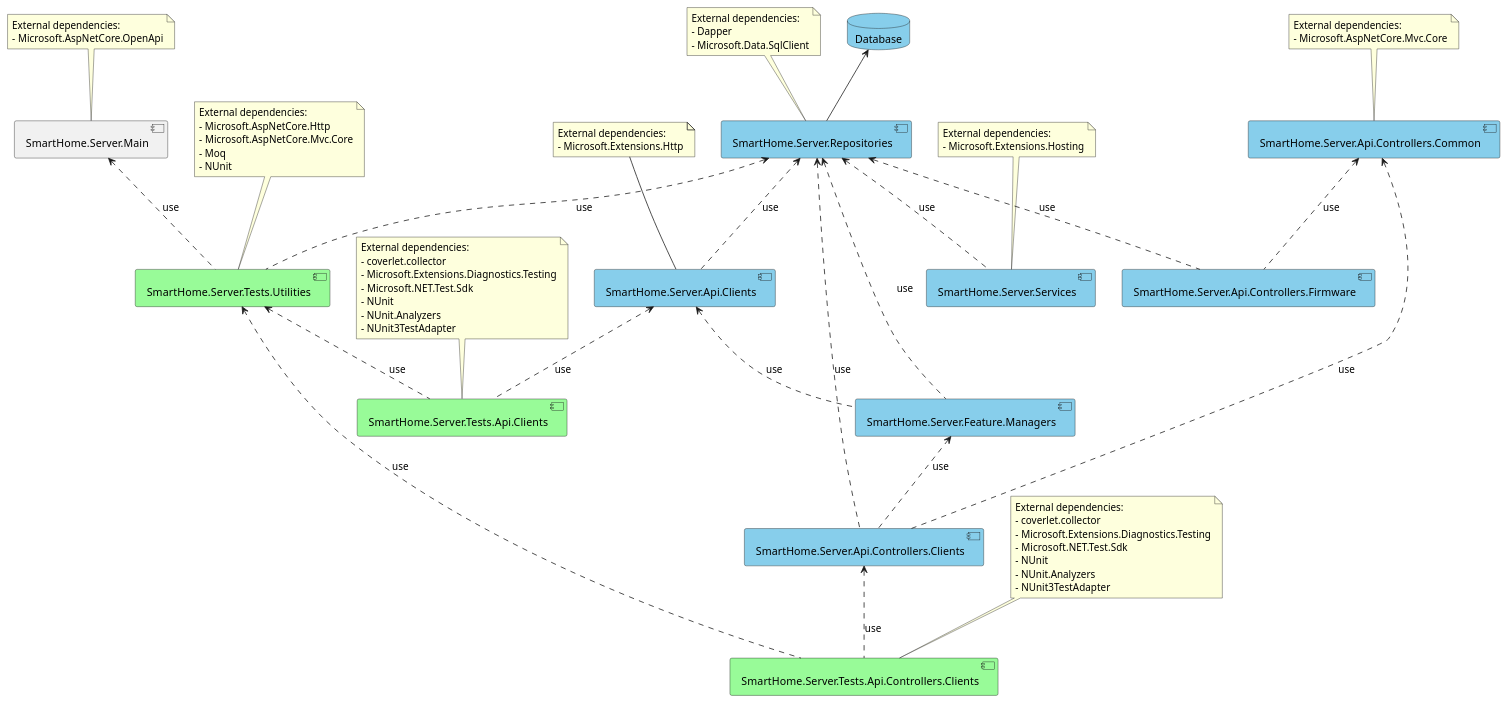
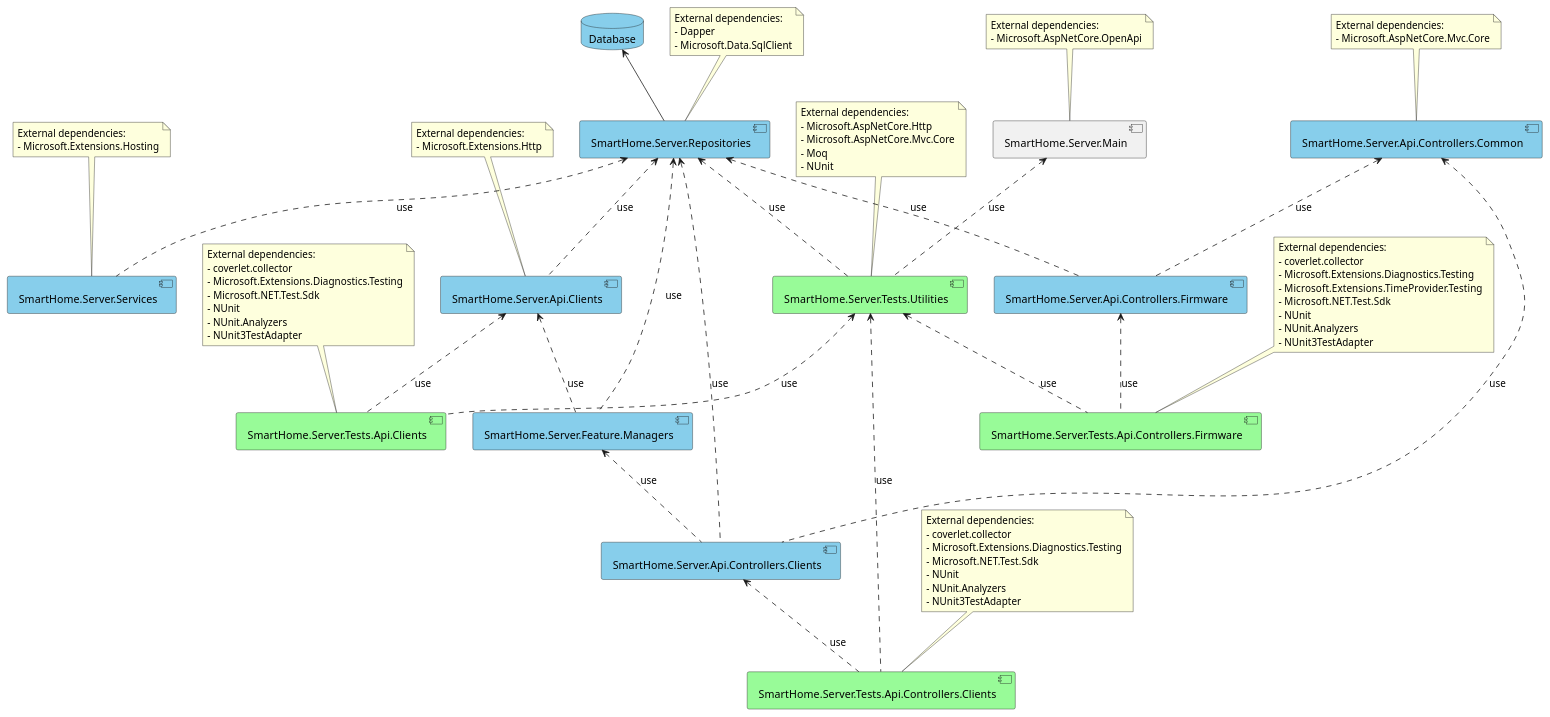
Before and after one commit to JakubMiodunka/smart-home: the diagram in doc/Server/uml/components.pu, drawn with PlantUML. The commit also changed 4 other files, not shown here.

Commit message:
[#40] Sepparating FirmwareControllersTests module from monolith.

```diff
--- a/doc/Server/uml/components.pu
+++ b/doc/Server/uml/components.pu
@@ -1,105 +1,121 @@
 @startuml
 
 database Database #SkyBlue
 
 component "SmartHome.Server.Repositories" as Repositories #SkyBlue
 note as RepositoriesDependencies
     External dependencies:
     - Dapper
     - Microsoft.Data.SqlClient
 end note
 RepositoriesDependencies -- Repositories
 
 component "SmartHome.Server.Api.Clients" as ApiClients #SkyBlue
 note as ApiClientsDependencies
     External dependencies:
     - Microsoft.Extensions.Http
 end note
 ApiClientsDependencies -- ApiClients
 
 component "SmartHome.Server.Feature.Managers" as FeatureManagers #SkyBlue
 
 component "SmartHome.Server.Services" as Services #SkyBlue
 note as ServicesDependencies
     External dependencies:
     - Microsoft.Extensions.Hosting
 end note
 ServicesDependencies -- Services
 
 component "SmartHome.Server.Api.Controllers.Common" as CommonApiControllers #SkyBlue
 note as CommonApiControllersDependencies
     External dependencies:
     - Microsoft.AspNetCore.Mvc.Core
 end note
 CommonApiControllersDependencies -- CommonApiControllers
 
 component "SmartHome.Server.Api.Controllers.Firmware" as FirmwareApiControllers #SkyBlue
 
 component "SmartHome.Server.Api.Controllers.Clients" as ClientsApiControllers #SkyBlue
 
 component "SmartHome.Server.Tests.Utilities" as TestUtilities #PaleGreen
 note as TestUtilitiesDependencies
     External dependencies:
     - Microsoft.AspNetCore.Http
     - Microsoft.AspNetCore.Mvc.Core
     - Moq
     - NUnit
 end note
 TestUtilitiesDependencies -- TestUtilities
 
 component "SmartHome.Server.Tests.Api.Clients" as ApiClientsTests #PaleGreen
 note as ApiClientsTestsDependencies
     External dependencies:
     - coverlet.collector
     - Microsoft.Extensions.Diagnostics.Testing
     - Microsoft.NET.Test.Sdk
     - NUnit
     - NUnit.Analyzers
     - NUnit3TestAdapter
 end note
 ApiClientsTestsDependencies -- ApiClientsTests
 
 component "SmartHome.Server.Tests.Api.Controllers.Clients" as ClientsApiControllersTests #PaleGreen
 note as ClientsApiControllersTestsDependencies
     External dependencies:
     - coverlet.collector
     - Microsoft.Extensions.Diagnostics.Testing
     - Microsoft.NET.Test.Sdk
     - NUnit
     - NUnit.Analyzers
     - NUnit3TestAdapter
 end note
 ClientsApiControllersTestsDependencies -- ClientsApiControllersTests
 
+component "SmartHome.Server.Tests.Api.Controllers.Firmware" as FirmwareApiControllersTests #PaleGreen
+note as FirmwareApiControllersTestsDependencies
+    External dependencies:
+    - coverlet.collector
+    - Microsoft.Extensions.Diagnostics.Testing
+    - Microsoft.Extensions.TimeProvider.Testing
+    - Microsoft.NET.Test.Sdk
+    - NUnit
+    - NUnit.Analyzers
+    - NUnit3TestAdapter
+end note
+FirmwareApiControllersTestsDependencies -- FirmwareApiControllersTests
+
 component "SmartHome.Server.Main" as Main
 note as MainDependencies
     External dependencies:
     - Microsoft.AspNetCore.OpenApi
 end note
 MainDependencies -- Main
 
 Database <-- Repositories
 
 Repositories <.. ApiClients : use
 Repositories <.. FeatureManagers : use
 Repositories <.. Services : use
 Repositories <.. TestUtilities : use
 Repositories <.. FirmwareApiControllers : use
 Repositories <.. ClientsApiControllers : use
 
 CommonApiControllers <.. FirmwareApiControllers : use
 CommonApiControllers <.. ClientsApiControllers : use
 
 ClientsApiControllers <.. ClientsApiControllersTests : use
 
+FirmwareApiControllers <.. FirmwareApiControllersTests : use
+
 FeatureManagers <.. ClientsApiControllers : use
 
 ApiClients <.. FeatureManagers : use
 ApiClients <.. ApiClientsTests : use
 
 TestUtilities <.. ApiClientsTests : use
 TestUtilities <.. ClientsApiControllersTests : use
+TestUtilities <.. FirmwareApiControllersTests : use
 
 Main <.. TestUtilities : use
 
 @enduml
```
